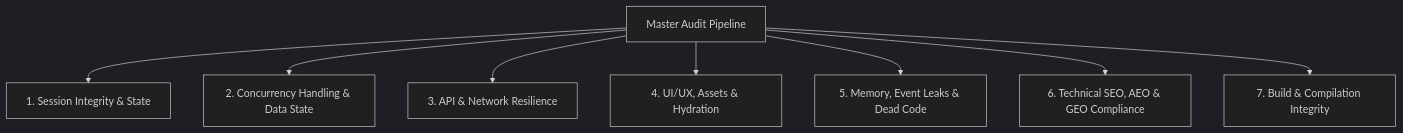
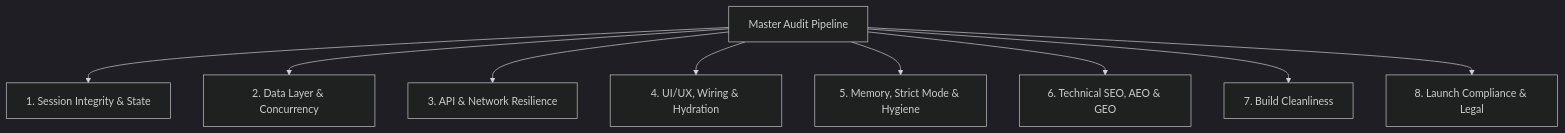
One commit to Kryptopacy/pacy-codebase-auditor changed the diagram in README.md. Above: the diagram before and after it, drawn with Mermaid (dark theme). The commit also changed other lines of this file and 13 other files, not shown here.

````diff
--- a/README.md
+++ b/README.md
@@ -107,10 +111,11 @@
 ```mermaid
 graph TD
     A[Master Audit Pipeline] --> B[1. Session Integrity & State]
-    A --> C[2. Concurrency Handling & Data State]
+    A --> C[2. Data Layer & Concurrency]
     A --> D[3. API & Network Resilience]
-    A --> E[4. UI/UX, Assets & Hydration]
-    A --> F[5. Memory, Event Leaks & Dead Code]
-    A --> G[6. Technical SEO, AEO & GEO Compliance]
-    A --> H[7. Build & Compilation Integrity]
+    A --> E[4. UI/UX, Wiring & Hydration]
+    A --> F[5. Memory, Strict Mode & Hygiene]
+    A --> G[6. Technical SEO, AEO & GEO]
+    A --> H[7. Build Cleanliness]
+    A --> I[8. Launch Compliance & Legal]
 ```
````
